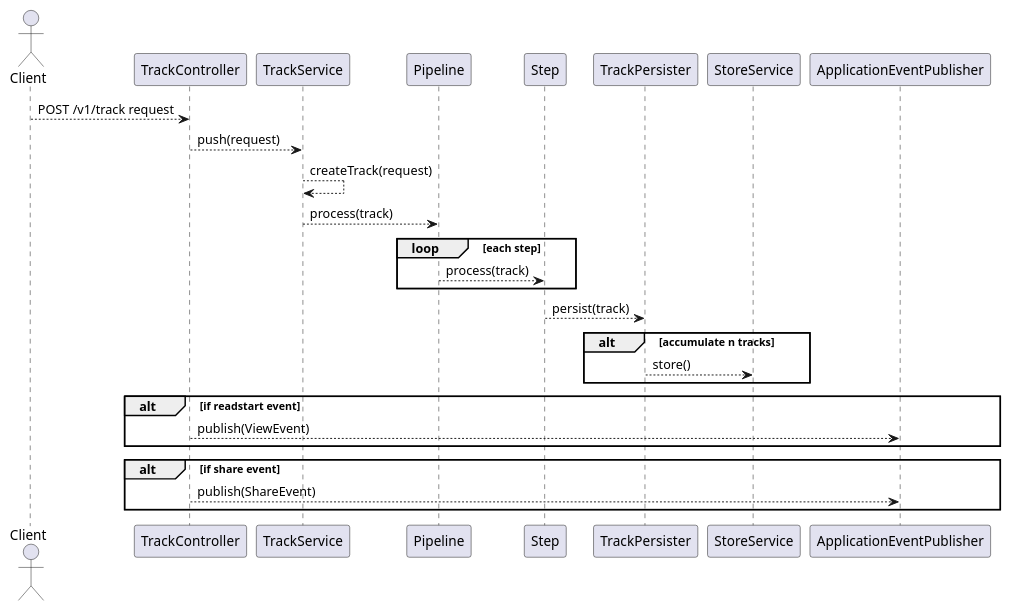
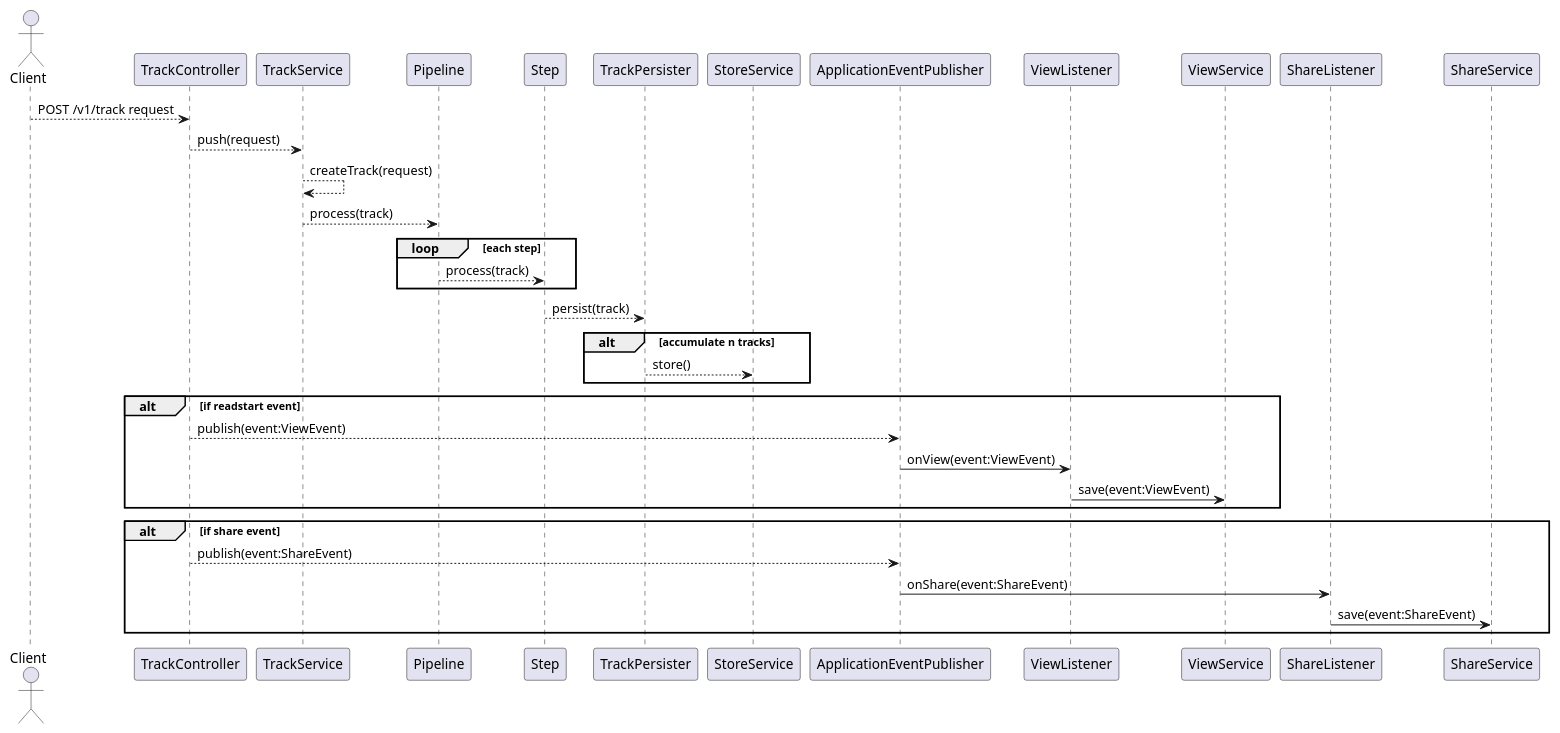
One commit to wutsi/wutsi.github.io changed the second of 2 diagrams in architecture/wutsi-track-service/README.md. Above: the diagram before and after it, drawn with PlantUML. The commit also changed other lines of this file, not shown here.

````diff
--- a/architecture/wutsi-track-service/README.md
+++ b/architecture/wutsi-track-service/README.md
@@ -29,28 +29,31 @@
 ```plantuml
 @startuml
 Actor Client
 
 Client --> TrackController: POST /v1/track request
 TrackController --> TrackService: push(request)
 TrackService --> TrackService: createTrack(request)
 TrackService --> Pipeline: process(track)
 
 loop each step
   Pipeline --> Step: process(track)
 end loop
 
 Step --> TrackPersister: persist(track)
 
 alt accumulate n tracks
   TrackPersister --> StoreService: store()
 end alt
 
 alt if readstart event
-  TrackController --> ApplicationEventPublisher: publish(ViewEvent)
+  TrackController --> ApplicationEventPublisher: publish(event:ViewEvent)
+  ApplicationEventPublisher -> ViewListener: onView(event:ViewEvent)
+  ViewListener -> ViewService: save(event:ViewEvent)
 end alt
 alt if share event
-  TrackController --> ApplicationEventPublisher: publish(ShareEvent)
+  TrackController --> ApplicationEventPublisher: publish(event:ShareEvent)
+  ApplicationEventPublisher -> ShareListener: onShare(event:ShareEvent)
+  ShareListener -> ShareService: save(event:ShareEvent)
 end alt
-
 @enduml
 ```
````
